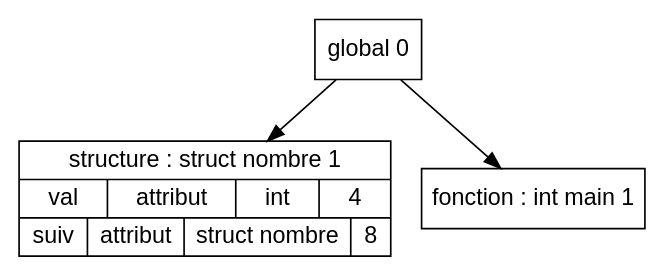
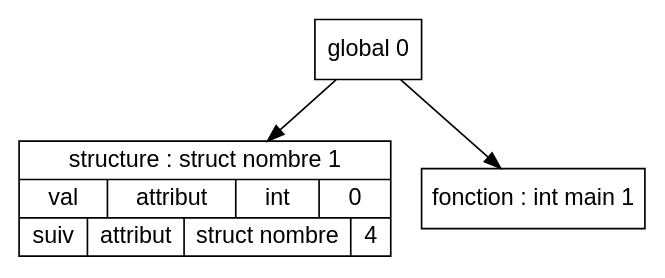
One commit to Hamza-ABDOULHOUSSEN/compil changed the diagram in Code/out/tds/dot/Test_Semantique/struct_deja_def1.dot. Above: the diagram before and after it, drawn with Graphviz. The commit also changed 27 other files, not shown here.

```diff
--- a/Code/out/tds/dot/Test_Semantique/struct_deja_def1.dot
+++ b/Code/out/tds/dot/Test_Semantique/struct_deja_def1.dot
@@ -1,19 +1,19 @@
 digraph "tds"{
 
 	node [fontname="Arial"];
 
 	N1 [shape=record label="{ structure : struct nombre 1
-	| { val | attribut | int | 4 }
-	| { suiv | attribut | struct nombre | 8 }
+	| { val | attribut | int | 0 }
+	| { suiv | attribut | struct nombre | 4 }
 	}"];
 
 	N2 [shape=record label="{ fonction : int main 1
 	}"];
 
 	N0 [shape=record label="{ global 0
 	}"];
 
 
 	N0 -> N1; 
 	N0 -> N2; 
 }
```
